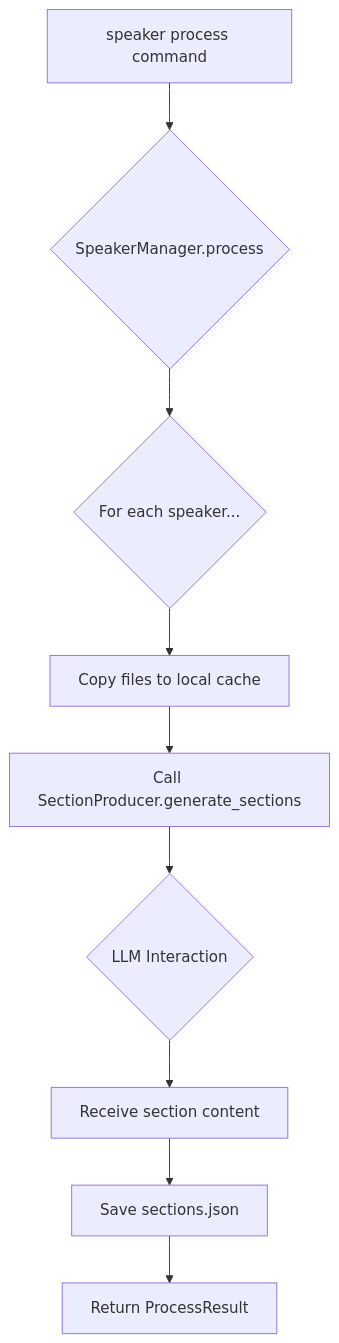
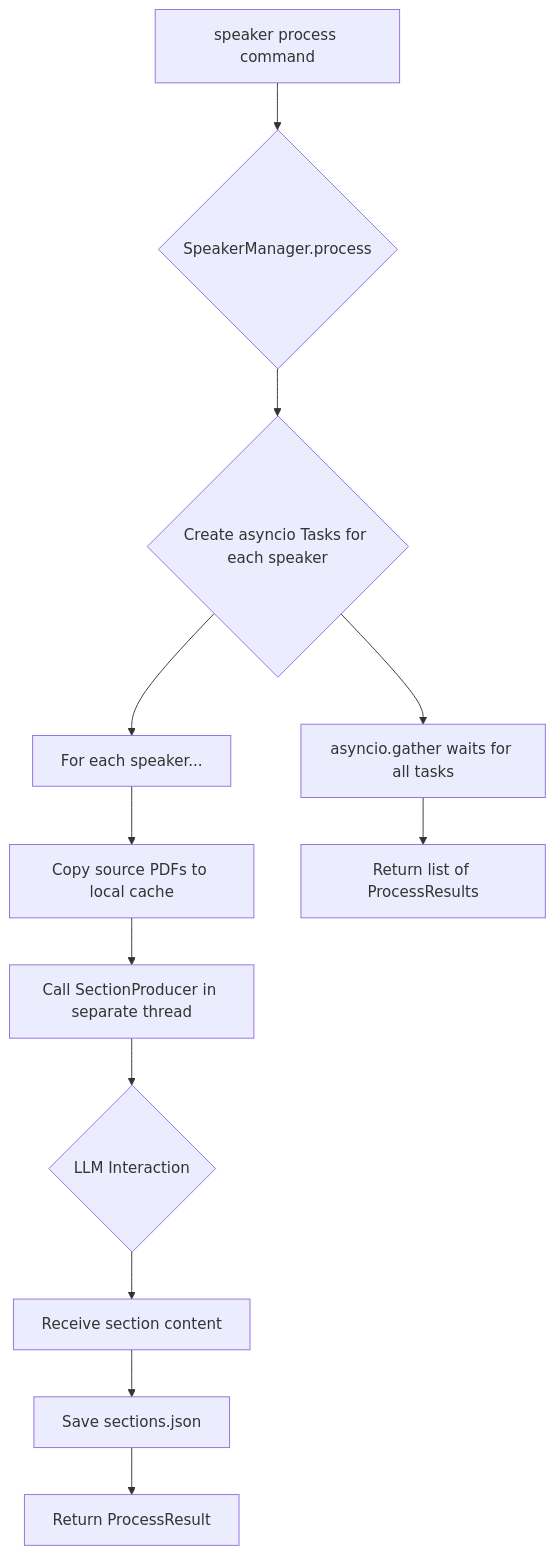
The diagram in docs/about/speaker-management.md (mdonmez/moves), drawn with Mermaid before and after one commit. The commit also changed other lines of this file and 10 other files, not shown here.

````diff
--- a/docs/about/speaker-management.md
+++ b/docs/about/speaker-management.md
@@ -19,11 +25,14 @@
 ```mermaid
 graph TD
     A[speaker process command] --> B{SpeakerManager.process};
-    B --> C{For each speaker...};
-    C --> D[Copy files to local cache];
-    D --> E[Call SectionProducer.generate_sections];
-    E --> F{LLM Interaction};
-    F --> G[Receive section content];
-    G --> H[Save sections.json];
-    H --> I[Return ProcessResult];
+    B --> C{Create asyncio Tasks for each speaker};
+    C --> D[For each speaker...];
+    D --> E[Copy source PDFs to local cache];
+    E --> F[Call SectionProducer in separate thread];
+    F --> G{LLM Interaction};
+    G --> H[Receive section content];
+    H --> I[Save sections.json];
+    I --> J[Return ProcessResult];
+    C --> K[asyncio.gather waits for all tasks];
+    K --> L[Return list of ProcessResults];
 ```
````
